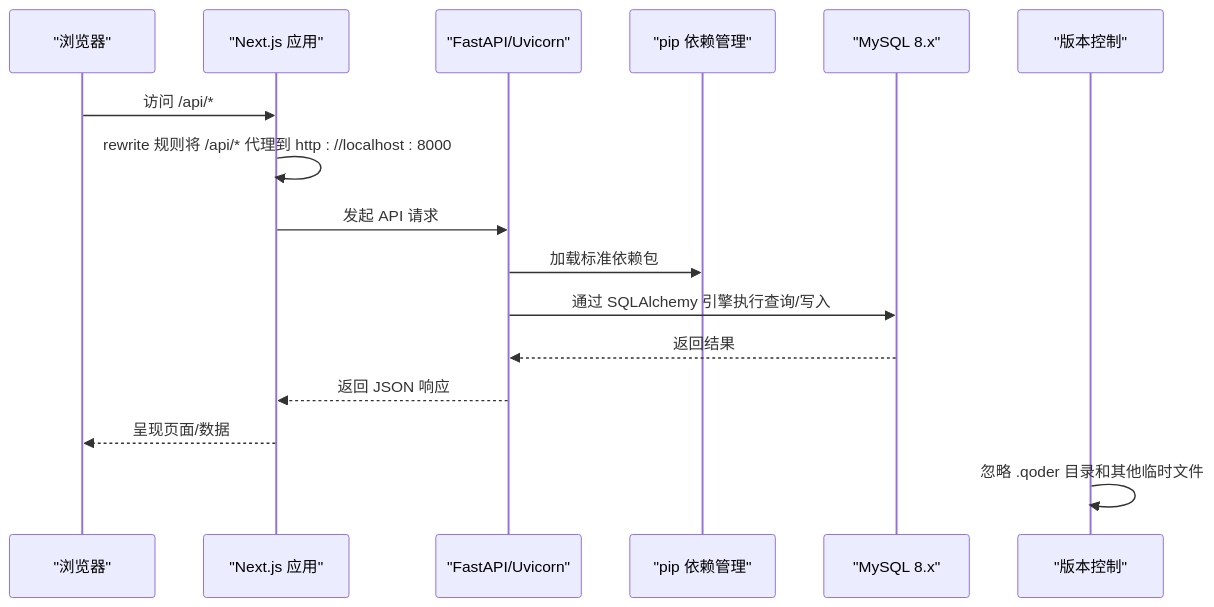
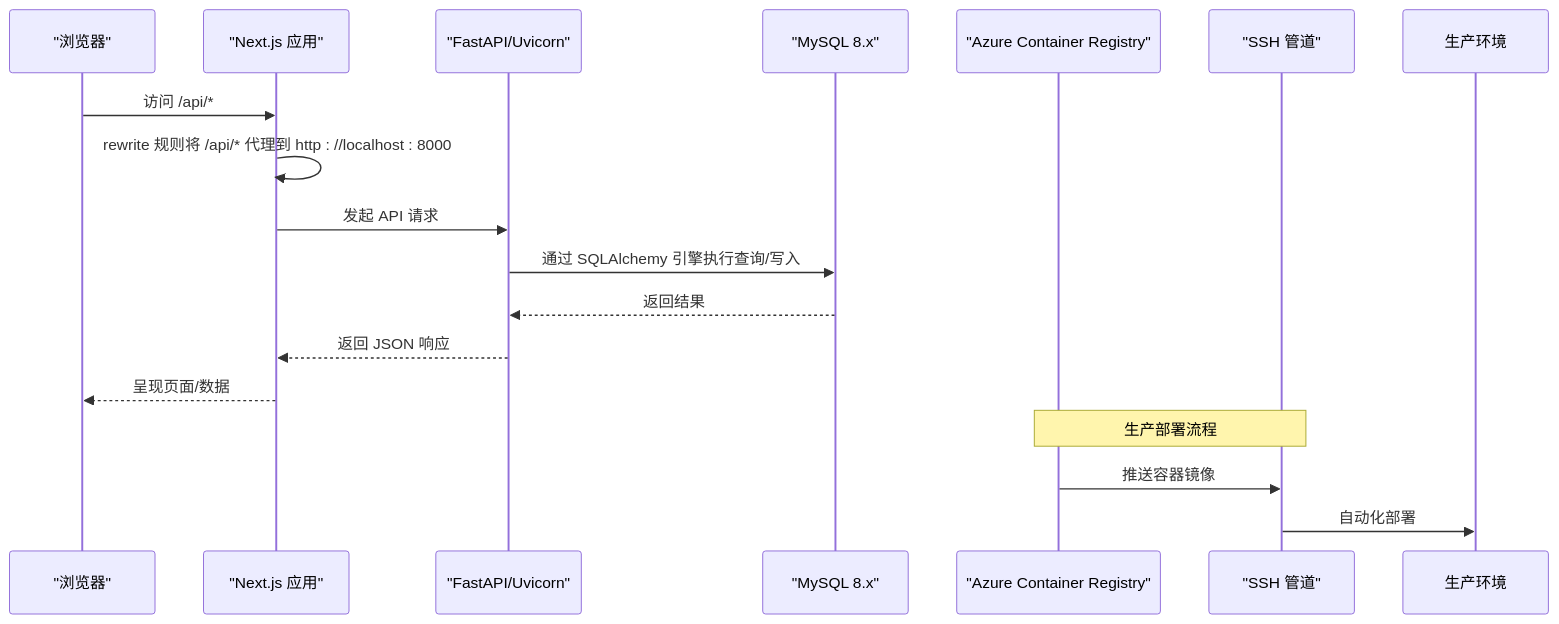
One commit to gujialind/InvestRing changed the second of 3 diagrams in .qoder/repowiki/zh/content/开发指南/环境搭建.md. Above: the diagram before and after it, drawn with Mermaid. The commit also changed other lines of this file and 8 other files, not shown here.

````diff
--- a/.qoder/repowiki/zh/content/开发指南/环境搭建.md
+++ b/.qoder/repowiki/zh/content/开发指南/环境搭建.md
@@ -107,18 +105,19 @@
 ```mermaid
 sequenceDiagram
 participant Browser as "浏览器"
 participant Next as "Next.js 应用"
 participant Uvicorn as "FastAPI/Uvicorn"
-participant Pip as "pip 依赖管理"
 participant DB as "MySQL 8.x"
-participant Git as "版本控制"
+participant ACR as "Azure Container Registry"
+participant SSH as "SSH 管道"
 Browser->>Next : 访问 /api/*
 Next->>Next : rewrite 规则将 /api/* 代理到 http : //localhost : 8000
 Next->>Uvicorn : 发起 API 请求
-Uvicorn->>Pip : 加载标准依赖包
 Uvicorn->>DB : 通过 SQLAlchemy 引擎执行查询/写入
 DB-->>Uvicorn : 返回结果
 Uvicorn-->>Next : 返回 JSON 响应
 Next-->>Browser : 呈现页面/数据
-Git->>Git : 忽略 .qoder 目录和其他临时文件
+Note over ACR,SSH : 生产部署流程
+ACR->>SSH : 推送容器镜像
+SSH->>生产环境 : 自动化部署
 ```
````
